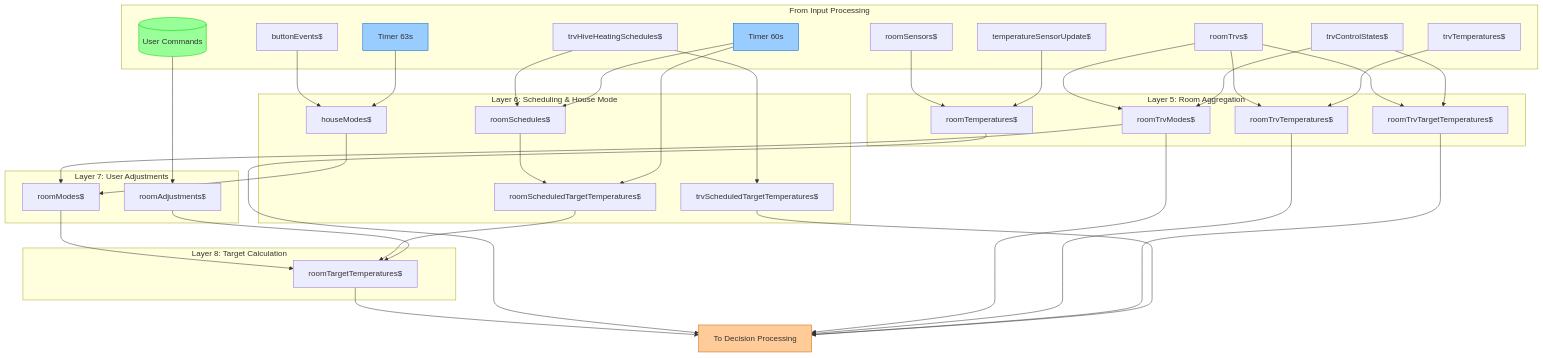
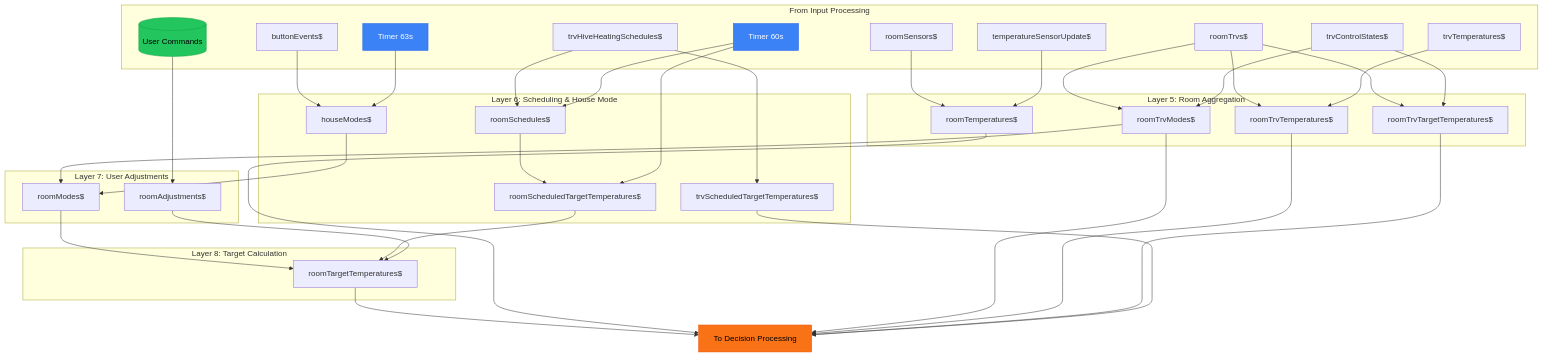
Before and after one commit to GraemeF/home-automation: the diagram in packages/deep-heating-rx/docs/data-flow-rooms.md, drawn with Mermaid. The commit also changed 4 other files, not shown here.

First line of the commit message:
fix: use high contrast colours for mermaid diagrams

```diff
--- a/packages/deep-heating-rx/docs/data-flow-rooms.md
+++ b/packages/deep-heating-rx/docs/data-flow-rooms.md
@@ -82,9 +82,9 @@
     TrvSchedTargets --> Output
 
     %% Styling
-    classDef timer fill:#99ccff,stroke:#0066cc
-    classDef user fill:#99ff99,stroke:#00cc00
-    classDef output fill:#ffcc99,stroke:#cc6600
+    classDef timer fill:#3b82f6,stroke:#2563eb,color:#fff
+    classDef user fill:#22c55e,stroke:#16a34a,color:#000
+    classDef output fill:#f97316,stroke:#ea580c,color:#000
 
     class Timer60,Timer63 timer
     class UserCmd user
```
